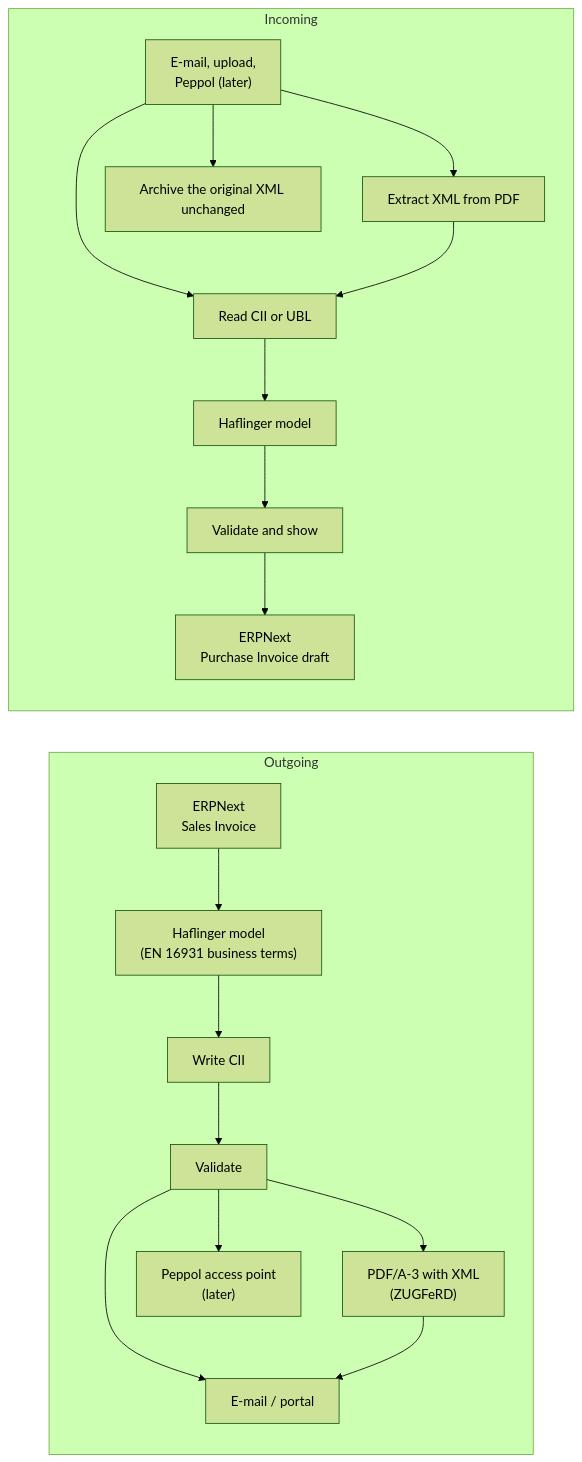
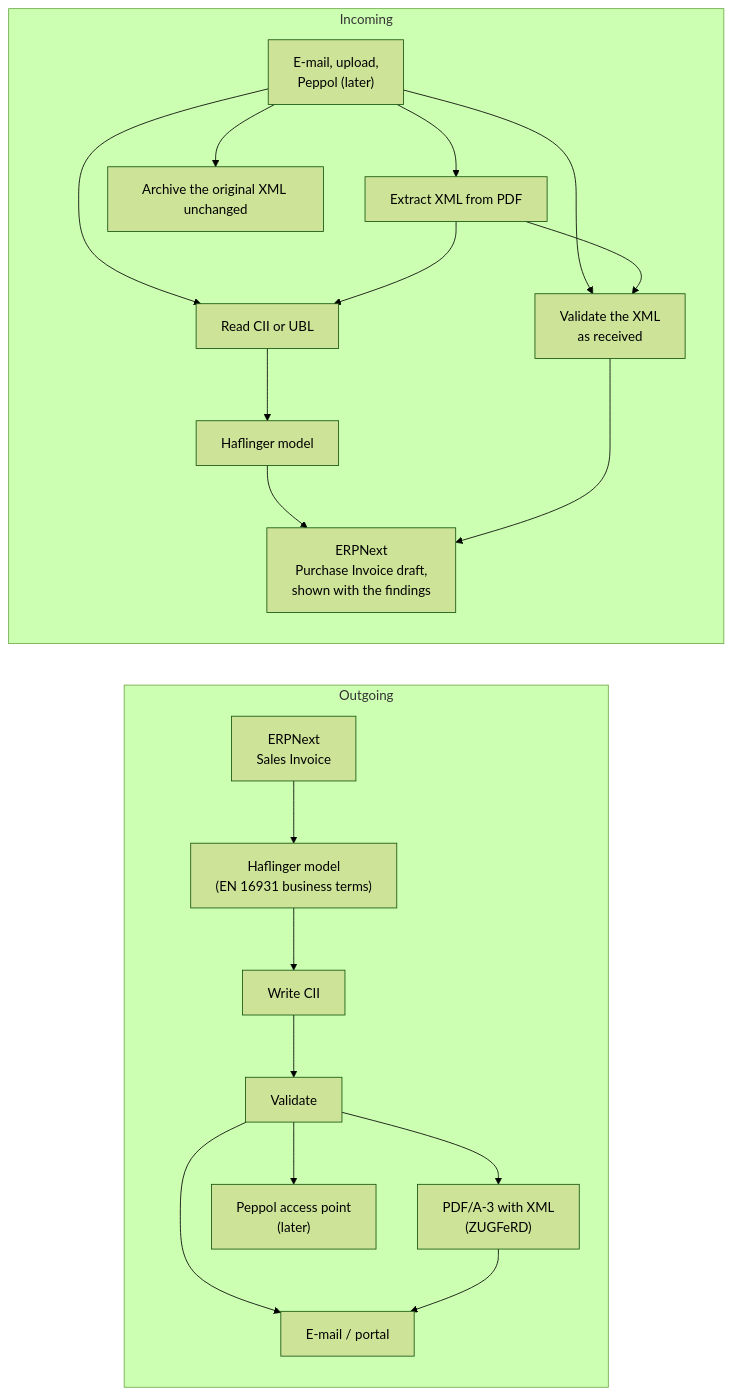
The ninth of 9 diagrams in docs/guides/e-invoicing-101.md (Interlusion/haflinger), drawn with Mermaid (forest theme) before and after one commit. The commit also changed other lines of this file, not shown here.

Commit message:
docs: where Haflinger fits, by what it reads and validates
Haflinger reads CII and UBL of the 2017 edition, as XML or in a ZUGFeRD PDF, not every
format the law allows (REQ-003-PRS-F006); validate takes the XML as received, not the model
(REQ-002-PRS-F006).

Claude-Session: https://claude.ai/code/session_01Y6v6sc4y94VsuNrMgKnNqW

````diff
--- a/docs/guides/e-invoicing-101.md
+++ b/docs/guides/e-invoicing-101.md
@@ -316,21 +316,23 @@
 ```mermaid
 flowchart LR
     subgraph OUT["Outgoing"]
         SI["ERPNext<br/>Sales Invoice"] --> M1["Haflinger model<br/>(EN 16931 business terms)"]
         M1 --> W["Write CII"]
         W --> V1["Validate"]
         V1 --> PDF["PDF/A-3 with XML<br/>(ZUGFeRD)"]
         V1 --> SEND1["E-mail / portal"]
         PDF --> SEND1
         V1 --> PEP1["Peppol access point<br/>(later)"]
     end
     subgraph IN["Incoming"]
         RCV["E-mail, upload,<br/>Peppol (later)"] --> EXT["Extract XML from PDF"]
         RCV --> R["Read CII or UBL"]
         EXT --> R
+        RCV --> V2["Validate the XML<br/>as received"]
+        EXT --> V2
         R --> M2["Haflinger model"]
-        M2 --> V2["Validate and show"]
-        V2 --> PI["ERPNext<br/>Purchase Invoice draft"]
+        M2 --> PI["ERPNext<br/>Purchase Invoice draft,<br/>shown with the findings"]
+        V2 --> PI
         RCV --> ARC["Archive the original XML unchanged"]
     end
 ```
````
